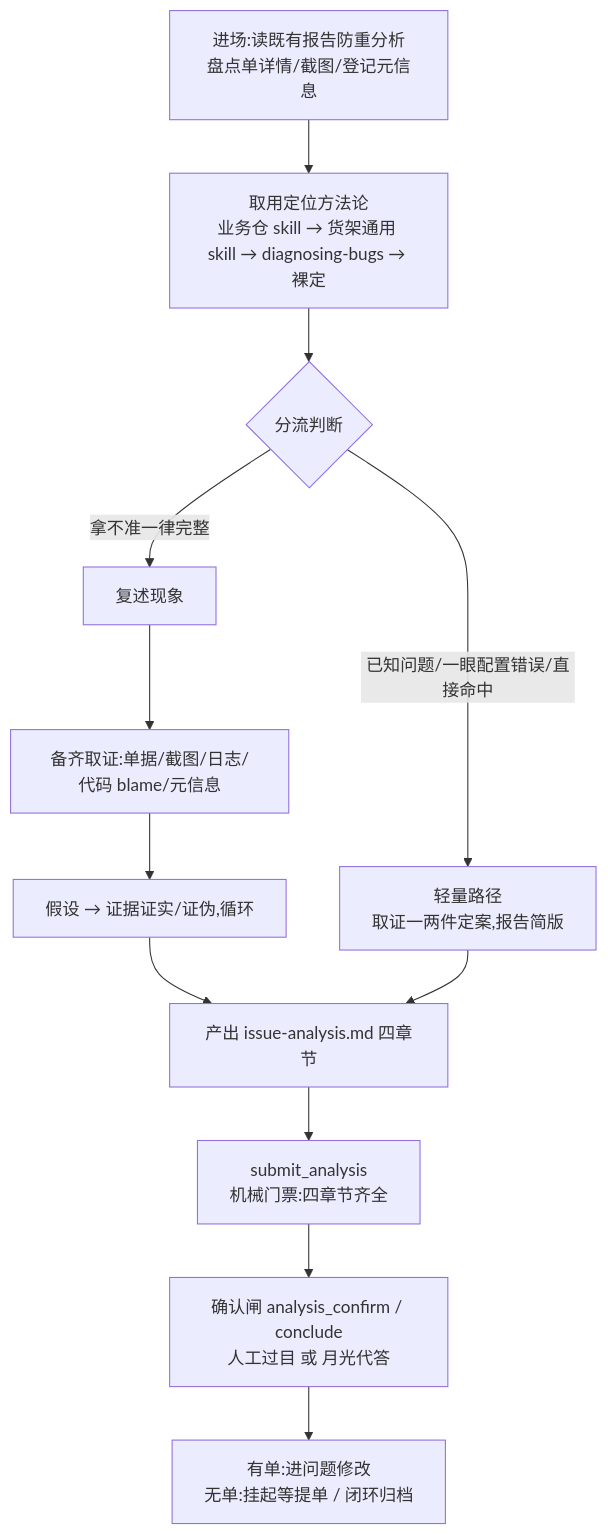
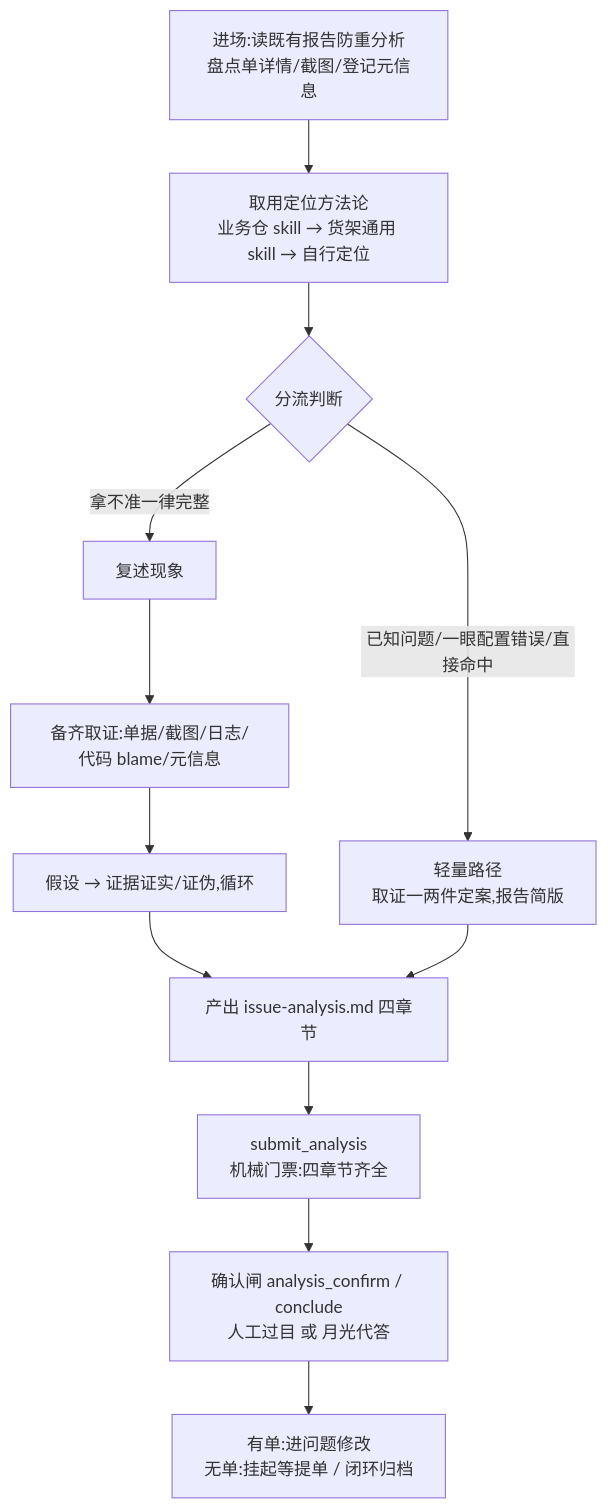
The diagram in docs/issue-analysis-workflow.md (yunine9/mae-flow-cloud), drawn with Mermaid before and after one commit. The commit also changed other lines of this file and 10 other files, not shown here.

````diff
--- a/docs/issue-analysis-workflow.md
+++ b/docs/issue-analysis-workflow.md
@@ -14,14 +14,14 @@
 ```mermaid
 flowchart TD
-    A[进场:读既有报告防重分析<br/>盘点单详情/截图/登记元信息] --> B[取用定位方法论<br/>业务仓 skill → 货架通用 skill → diagnosing-bugs → 裸定]
+    A[进场:读既有报告防重分析<br/>盘点单详情/截图/登记元信息] --> B[取用定位方法论<br/>业务仓 skill → 货架通用 skill → 自行定位]
     B --> C{分流判断}
     C -- 已知问题/一眼配置错误/直接命中 --> D[轻量路径<br/>取证一两件定案,报告简版]
     C -- 拿不准一律完整 --> E[复述现象]
     E --> F[备齐取证:单据/截图/日志/代码 blame/元信息]
     F --> G[假设 → 证据证实/证伪,循环]
     G --> H[产出 issue-analysis.md 四章节]
     D --> H
     H --> I[submit_analysis<br/>机械门票:四章节齐全]
     I --> J[确认闸 analysis_confirm / conclude<br/>人工过目 或 月光代答]
     J --> K[有单:进问题修改<br/>无单:挂起等提单 / 闭环归档]
 ```
````
